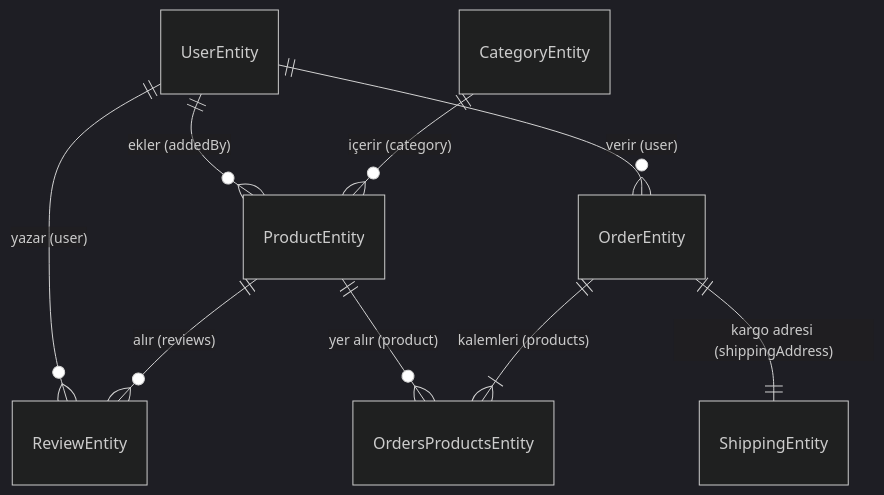
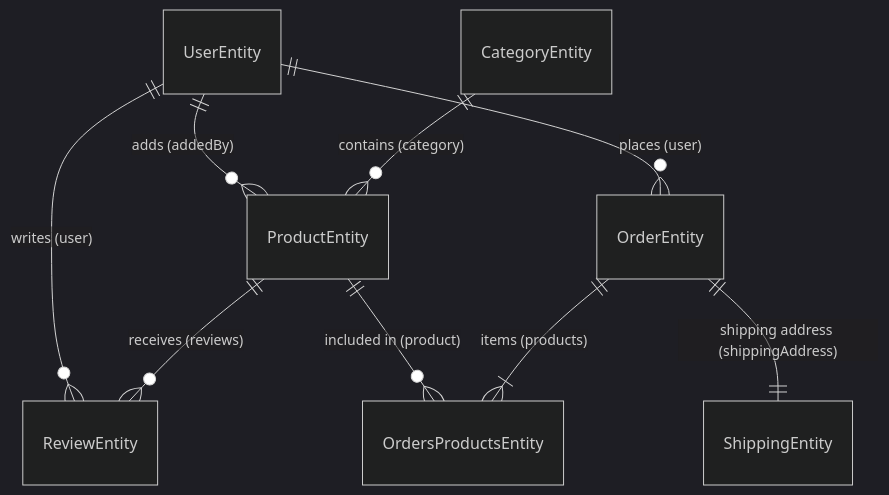
Before and after one commit to bbaymistery/nest_Ecommerce: the diagram in README.md, drawn with Mermaid (dark theme). The commit also changed other lines of this file, not shown here.

````diff
--- a/README.md
+++ b/README.md
@@ -38,11 +38,11 @@
 ```mermaid
 erDiagram
-    UserEntity ||--o{ ProductEntity : "ekler (addedBy)"
-    UserEntity ||--o{ OrderEntity : "verir (user)"
-    UserEntity ||--o{ ReviewEntity : "yazar (user)"
-    CategoryEntity ||--o{ ProductEntity : "içerir (category)"
-    ProductEntity ||--o{ ReviewEntity : "alır (reviews)"
-    ProductEntity ||--o{ OrdersProductsEntity : "yer alır (product)"
-    OrderEntity ||--|{ OrdersProductsEntity : "kalemleri (products)"
-    OrderEntity ||--|| ShippingEntity : "kargo adresi (shippingAddress)"
+    UserEntity ||--o{ ProductEntity : "adds (addedBy)"
+    UserEntity ||--o{ OrderEntity : "places (user)"
+    UserEntity ||--o{ ReviewEntity : "writes (user)"
+    CategoryEntity ||--o{ ProductEntity : "contains (category)"
+    ProductEntity ||--o{ ReviewEntity : "receives (reviews)"
+    ProductEntity ||--o{ OrdersProductsEntity : "included in (product)"
+    OrderEntity ||--|{ OrdersProductsEntity : "items (products)"
+    OrderEntity ||--|| ShippingEntity : "shipping address (shippingAddress)"
 ```
````
